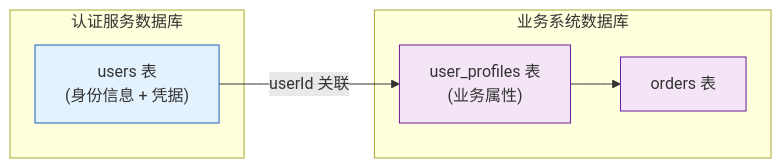
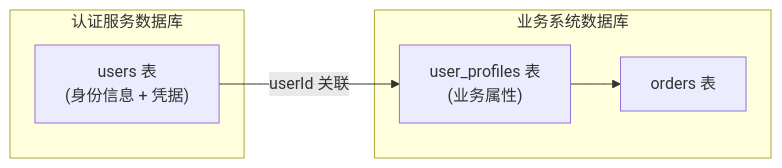
Before and after one commit to luohuidong/auth-tutorial: the first of 2 diagrams in docs/user-model.md, drawn with Mermaid. The commit also changed other lines of this file and 8 other files, not shown here.

First line of the commit message:
docs: 移除 mermaid 图表硬编码颜色以兼容 light/dark theme

````diff
--- a/docs/user-model.md
+++ b/docs/user-model.md
@@ -104,18 +104,15 @@
 ```mermaid
 graph LR
     subgraph "认证服务数据库"
         U["users 表\n(身份信息 + 凭据)"]
     end
 
     subgraph "业务系统数据库"
         P["user_profiles 表\n(业务属性)"]
         O["orders 表"]
     end
 
     U -- "userId 关联" --> P
     P --> O
 
-    style U fill:#e3f2fd,stroke:#1565c0
-    style P fill:#f3e5f5,stroke:#6a1b9a
-    style O fill:#f3e5f5,stroke:#6a1b9a
 ```
````
